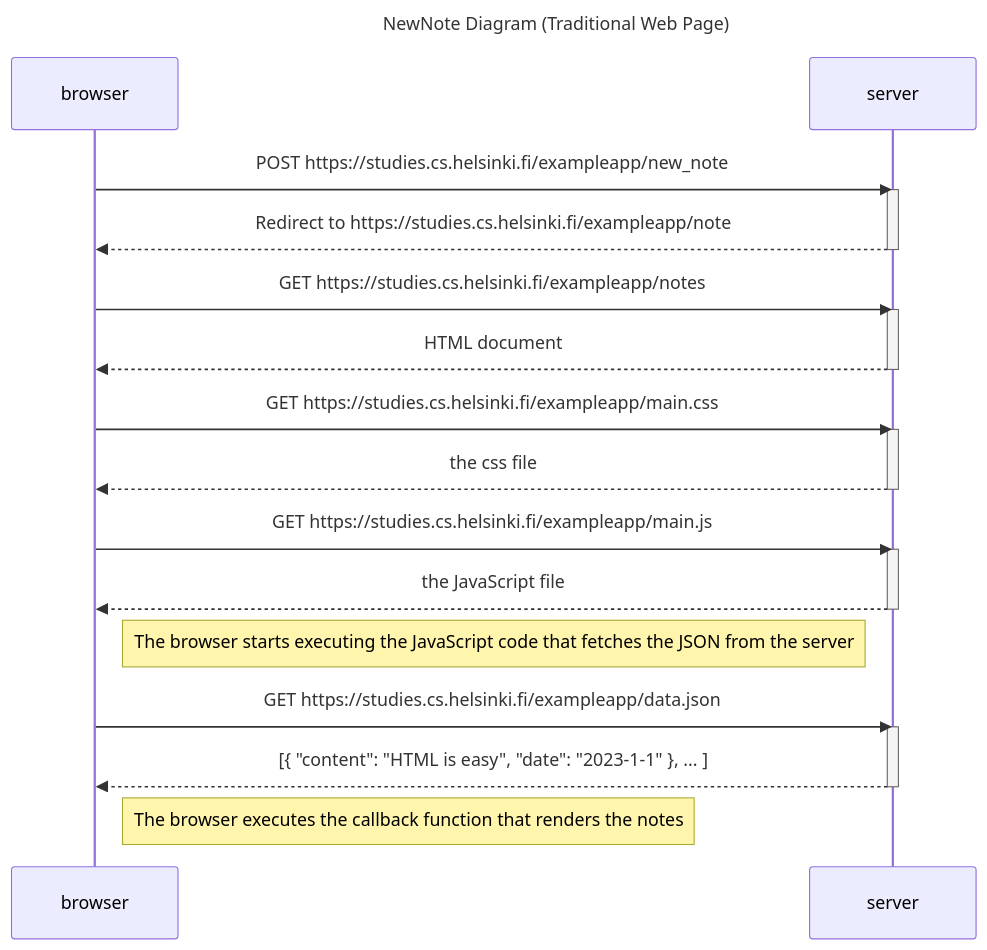
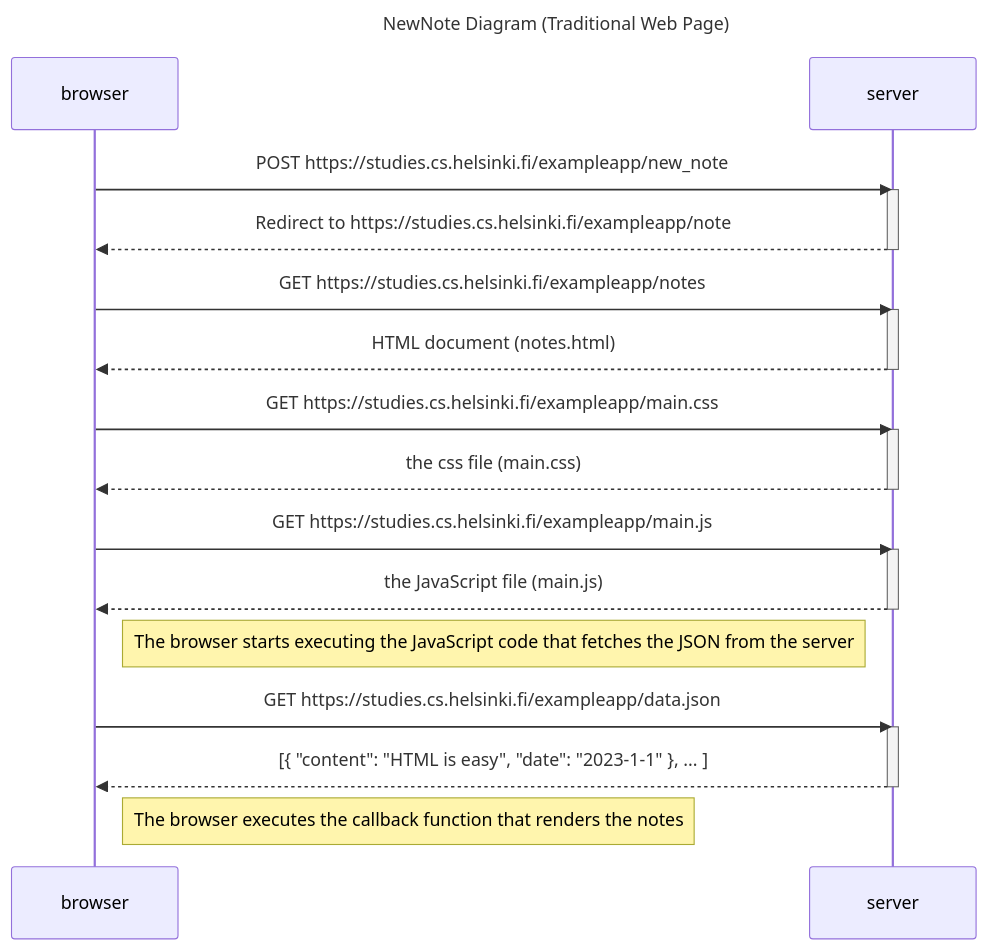
The diagram in part0/0_4.md (yfc92/fullStackOpen), drawn with Mermaid before and after one commit. The commit also changed 68 other files, not shown here.

````diff
--- a/part0/0_4.md
+++ b/part0/0_4.md
@@ -1,35 +1,35 @@
 ```mermaid
 sequenceDiagram
     title NewNote Diagram (Traditional Web Page)
     participant browser
     participant server
 
     browser->>server: POST https://studies.cs.helsinki.fi/exampleapp/new_note
     activate server
     server-->>browser: Redirect to https://studies.cs.helsinki.fi/exampleapp/note
     deactivate server
-    
+
     browser->>server: GET https://studies.cs.helsinki.fi/exampleapp/notes
     activate server
-    server-->>browser: HTML document
+    server-->>browser: HTML document (notes.html)
     deactivate server
 
     browser->>server: GET https://studies.cs.helsinki.fi/exampleapp/main.css
     activate server
-    server-->>browser: the css file
+    server-->>browser: the css file (main.css)
     deactivate server
 
     browser->>server: GET https://studies.cs.helsinki.fi/exampleapp/main.js
     activate server
-    server-->>browser: the JavaScript file
+    server-->>browser: the JavaScript file (main.js)
     deactivate server
 
     Note right of browser: The browser starts executing the JavaScript code that fetches the JSON from the server
 
     browser->>server: GET https://studies.cs.helsinki.fi/exampleapp/data.json
     activate server
     server-->>browser: [{ "content": "HTML is easy", "date": "2023-1-1" }, ... ]
     deactivate server
 
     Note right of browser: The browser executes the callback function that renders the notes
 ```
````
